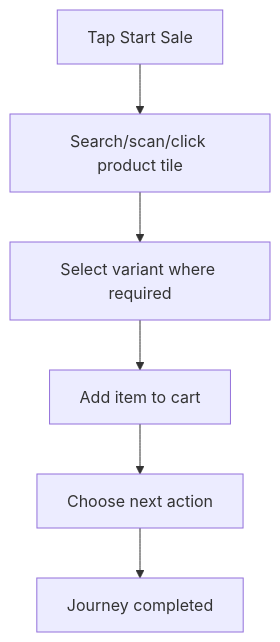
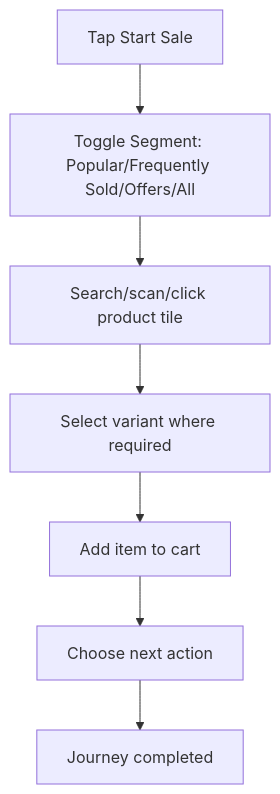
One commit to unicomproject/Pos-system-Knowledge changed the diagram in 03_USER_JOURNEYS/Cashier/04_Start_Sale_Flow.md. Above: the diagram before and after it, drawn with Mermaid. The commit also changed other lines of this file and 29 other files, not shown here.

````diff
--- a/03_USER_JOURNEYS/Cashier/04_Start_Sale_Flow.md
+++ b/03_USER_JOURNEYS/Cashier/04_Start_Sale_Flow.md
@@ -47,9 +48,10 @@
 ```mermaid
 flowchart TD
     S1[Tap Start Sale]
-    S1 --> S2[Search/scan/click product tile]
+    S1 --> S1_1[Toggle Segment: Popular/Frequently Sold/Offers/All]
+    S1_1 --> S2[Search/scan/click product tile]
     S2 --> S3[Select variant where required]
     S3 --> S4[Add item to cart]
     S4 --> S5[Choose next action]
     S5 --> Done[Journey completed]
 ```
````
